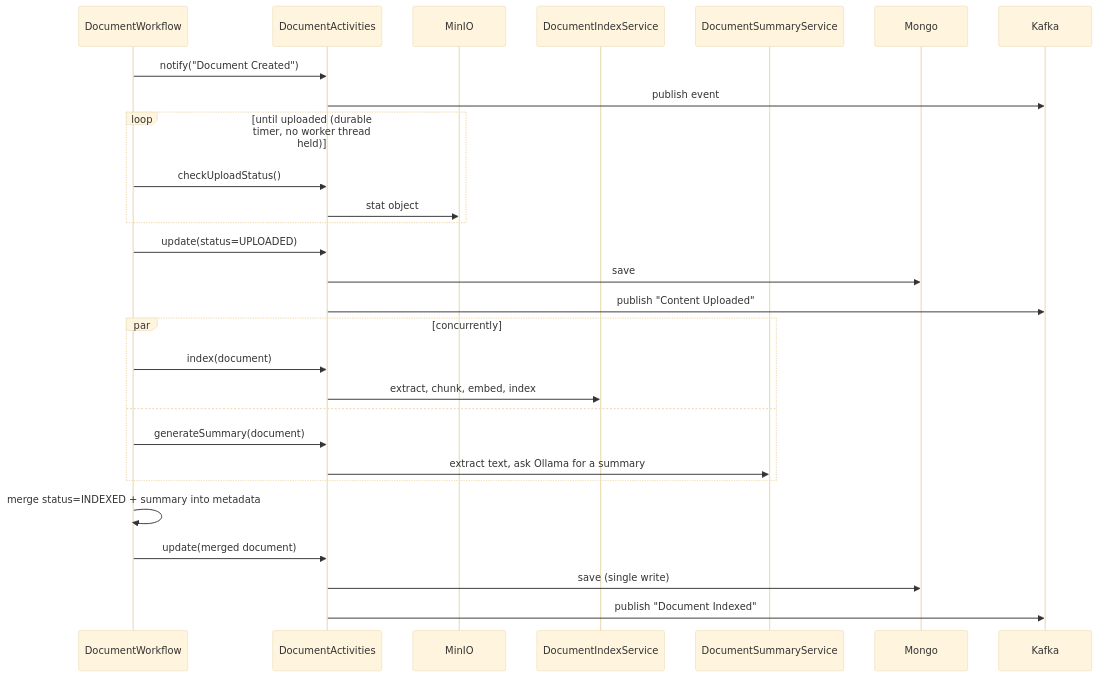
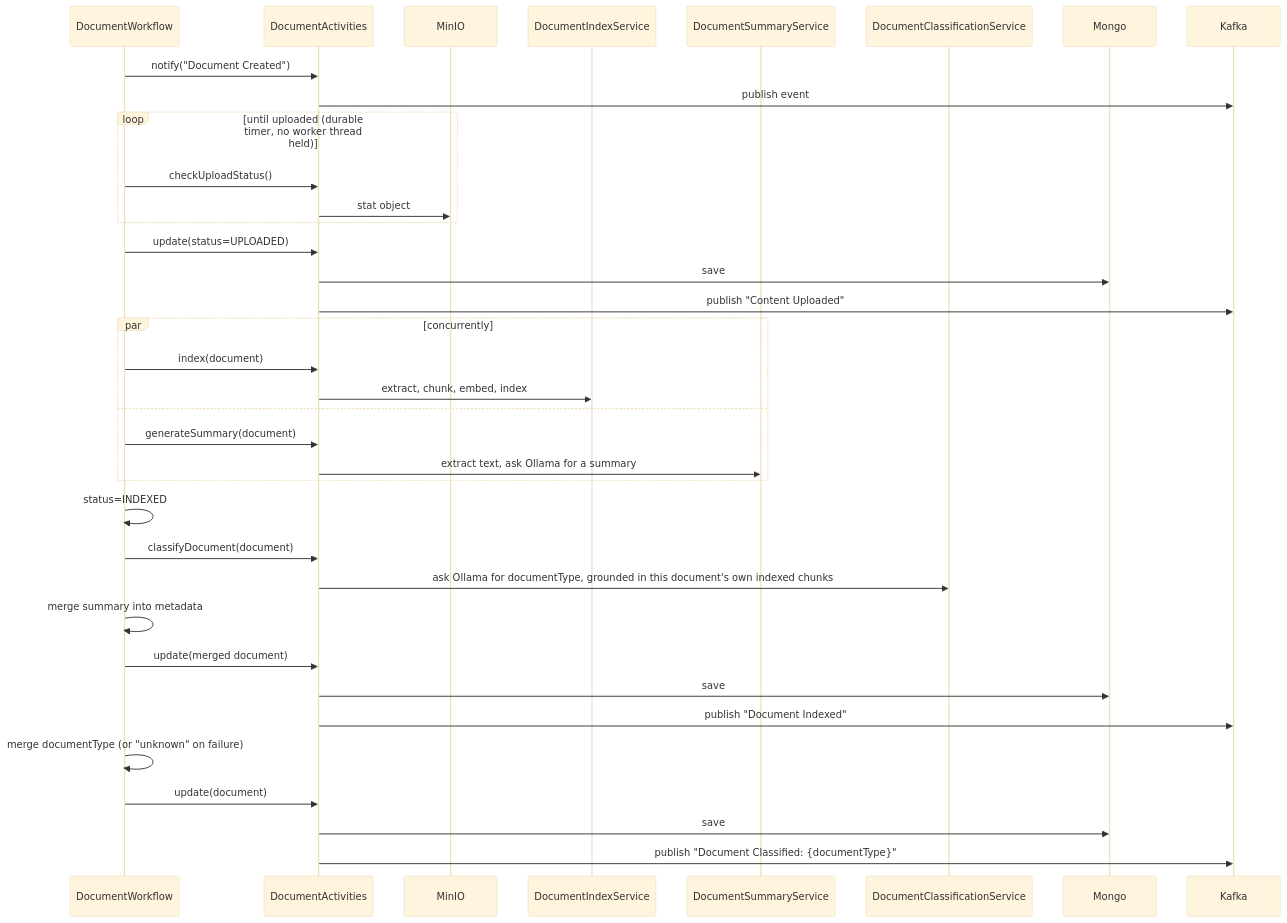
The fourth of 4 diagrams in docs/ARCHITECTURE.md (kamranzafar/docman-ai), drawn with Mermaid (base theme) before and after one commit. The commit also changed other lines of this file and 10 other files, not shown here.

Commit message:
added AI-driven document classification

````diff
--- a/docs/ARCHITECTURE.md
+++ b/docs/ARCHITECTURE.md
@@ -98,31 +99,39 @@
 ```mermaid
 sequenceDiagram
     participant WF as DocumentWorkflow
     participant Act as DocumentActivities
     participant MinIO
     participant Idx as DocumentIndexService
     participant Sum as DocumentSummaryService
+    participant Cls as DocumentClassificationService
     participant Mongo
     participant Kafka
 
     WF->>Act: notify("Document Created")
     Act->>Kafka: publish event
     loop until uploaded (durable timer, no worker thread held)
         WF->>Act: checkUploadStatus()
         Act->>MinIO: stat object
     end
     WF->>Act: update(status=UPLOADED)
     Act->>Mongo: save
     Act->>Kafka: publish "Content Uploaded"
     par concurrently
         WF->>Act: index(document)
         Act->>Idx: extract, chunk, embed, index
     and
         WF->>Act: generateSummary(document)
         Act->>Sum: extract text, ask Ollama for a summary
     end
-    WF->>WF: merge status=INDEXED + summary into metadata
+    WF->>WF: status=INDEXED
+    WF->>Act: classifyDocument(document)
+    Act->>Cls: ask Ollama for documentType, grounded in this document's own indexed chunks
+    WF->>WF: merge summary into metadata
     WF->>Act: update(merged document)
-    Act->>Mongo: save (single write)
+    Act->>Mongo: save
     Act->>Kafka: publish "Document Indexed"
+    WF->>WF: merge documentType (or "unknown" on failure)
+    WF->>Act: update(document)
+    Act->>Mongo: save
+    Act->>Kafka: publish "Document Classified: {documentType}"
 ```
````
